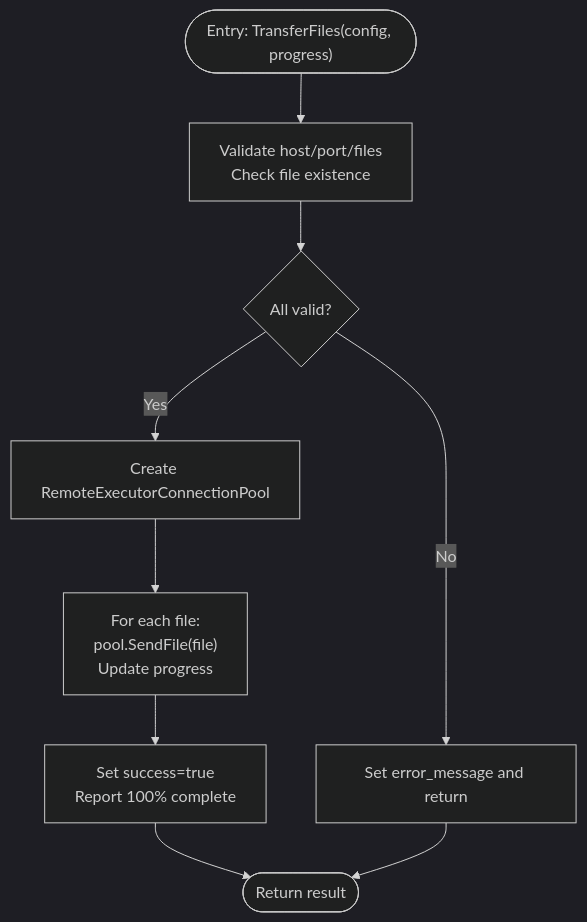
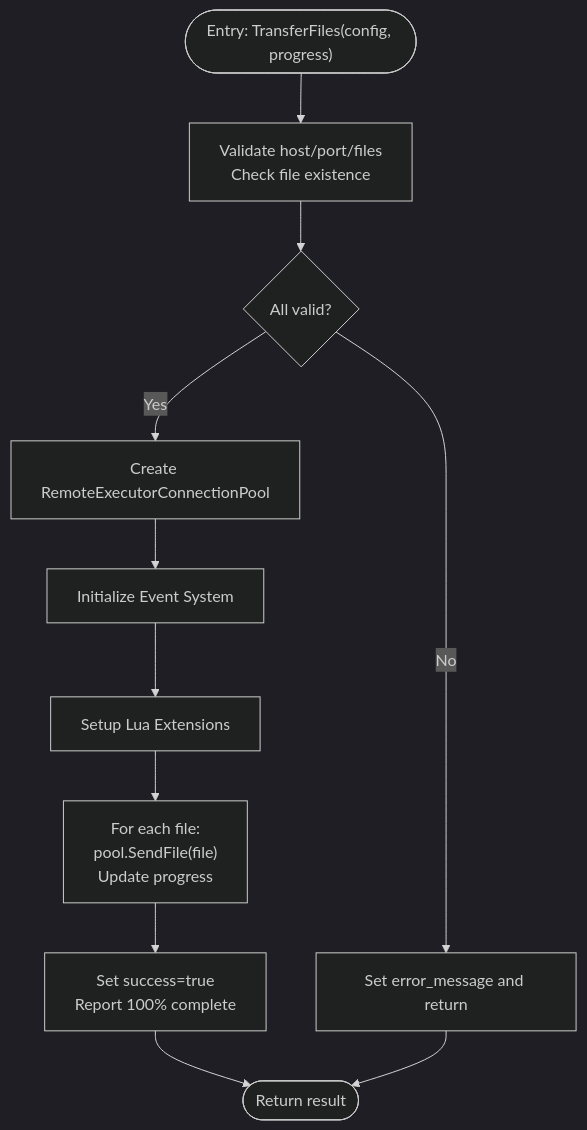
The fifth of 8 diagrams in .qoder/repowiki/en/content/Core Architecture/File Transfer Pipeline System.md (hsmbanlance/HsBaSlicer), drawn with Mermaid (dark theme) before and after one commit. The commit also changed other lines of this file and 31 other files, not shown here.

First line of the commit message:
docs(architecture): 更新文档以包含事件处理系统和动态库测试

````diff
--- a/.qoder/repowiki/en/content/Core Architecture/File Transfer Pipeline System.md
+++ b/.qoder/repowiki/en/content/Core Architecture/File Transfer Pipeline System.md
@@ -155,11 +273,13 @@
 ```mermaid
 flowchart TD
 Start(["Entry: TransferFiles(config, progress)"]) --> Validate["Validate host/port/files<br/>Check file existence"]
 Validate --> Valid{"All valid?"}
 Valid --> |No| Fail["Set error_message and return"]
 Valid --> |Yes| Connect["Create RemoteExecutorConnectionPool"]
-Connect --> TransferLoop["For each file:<br/>pool.SendFile(file)<br/>Update progress"]
+Connect --> EventInit["Initialize Event System"]
+EventInit --> LuaInit["Setup Lua Extensions"]
+LuaInit --> TransferLoop["For each file:<br/>pool.SendFile(file)<br/>Update progress"]
 TransferLoop --> Success["Set success=true<br/>Report 100% complete"]
 Success --> End(["Return result"])
 Fail --> End
 ```
````
